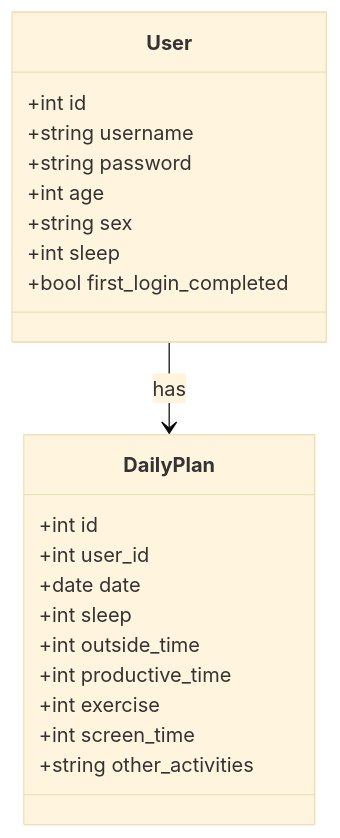
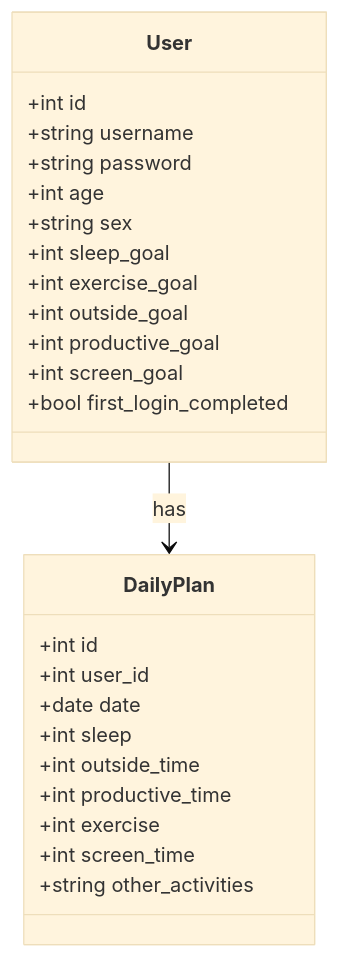
Before and after one commit to rigozu9/ot-harjoitustyo: the first of 2 diagrams in daily-planner-app/dokumentaatio/arkkitehtuuri.md, drawn with Mermaid (base theme). The commit also changed other lines of this file and 8 other files, not shown here.

````diff
--- a/daily-planner-app/dokumentaatio/arkkitehtuuri.md
+++ b/daily-planner-app/dokumentaatio/arkkitehtuuri.md
@@ -27,26 +28,30 @@
 ```mermaid
 classDiagram
     class User {
       +int id
       +string username
       +string password
       +int age
       +string sex
-      +int sleep
+      +int sleep_goal
+      +int exercise_goal
+      +int outside_goal
+      +int productive_goal
+      +int screen_goal
       +bool first_login_completed
     }
     
     class DailyPlan {
       +int id
       +int user_id
       +date date
       +int sleep
       +int outside_time
       +int productive_time
       +int exercise
       +int screen_time
       +string other_activities
     }
 
     User --> DailyPlan: has
 ```
````
